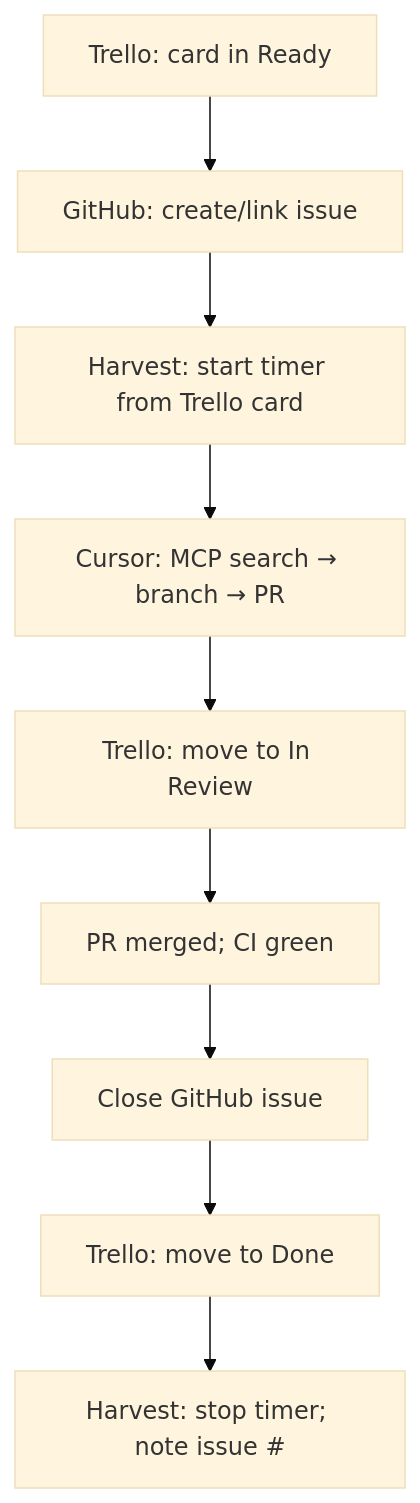
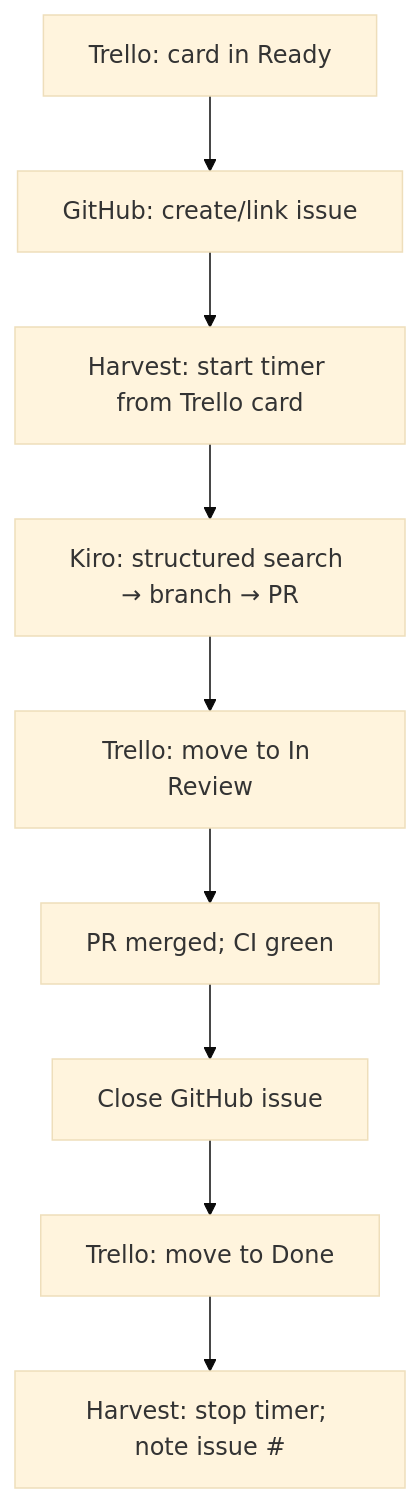
Before and after one commit to ubcemergingmedialab/eml-ai-coding-standards: the second of 2 diagrams in PLAN.md, drawn with Mermaid (base theme). The commit also changed other lines of this file and 29 other files, not shown here.

````diff
--- a/PLAN.md
+++ b/PLAN.md
@@ -595,11 +581,11 @@
 ```mermaid
 flowchart TD
   T[Trello: card in Ready] --> G[GitHub: create/link issue]
   G --> H[Harvest: start timer from Trello card]
-  H --> C[Cursor: MCP search → branch → PR]
+  H --> C[Kiro: structured search → branch → PR]
   C --> R[Trello: move to In Review]
   R --> P[PR merged; CI green]
   P --> I[Close GitHub issue]
   I --> D[Trello: move to Done]
   D --> E[Harvest: stop timer; note issue #]
 ```
````
